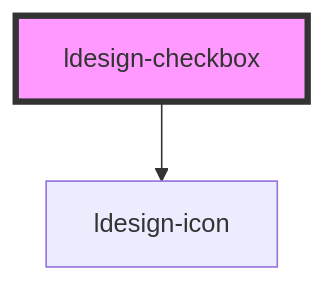
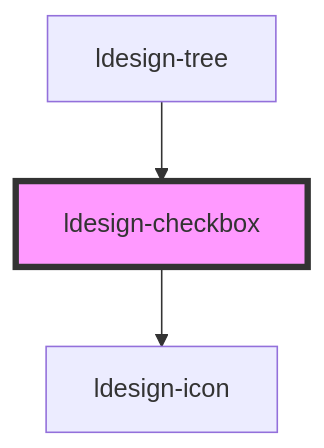
One commit to poly1603/ldesign changed the diagram in packages/webcomponent/src/components/checkbox/readme.md. Above: the diagram before and after it, drawn with Mermaid. The commit also changed other lines of this file and 52 other files, not shown here.

````diff
--- a/packages/webcomponent/src/components/checkbox/readme.md
+++ b/packages/webcomponent/src/components/checkbox/readme.md
@@ -45,5 +49,6 @@
 ```mermaid
 graph TD;
   ldesign-checkbox --> ldesign-icon
+  ldesign-tree --> ldesign-checkbox
   style ldesign-checkbox fill:#f9f,stroke:#333,stroke-width:4px
 ```
````
